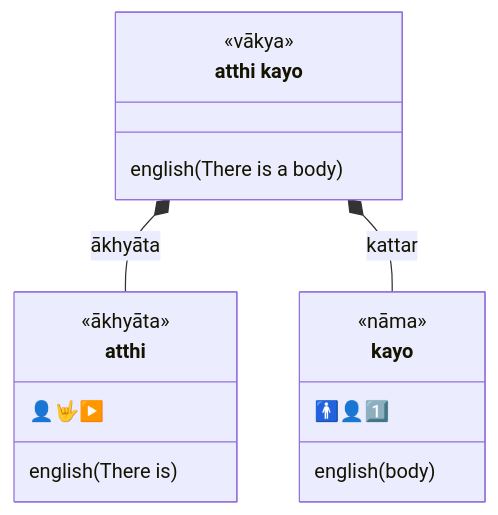
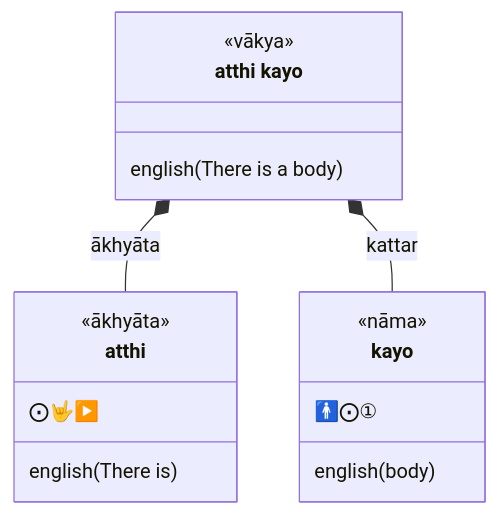
Before and after one commit to ChristineTham/buddhavacana: diagram 14 of 60 in content/en/docs/Pali/sentences.md, drawn with Mermaid. The commit also changed other lines of this file and 71 other files, not shown here.

````diff
--- a/content/en/docs/Pali/sentences.md
+++ b/content/en/docs/Pali/sentences.md
@@ -472,19 +472,19 @@
 ```mermaid
 classDiagram
   class sentence["atthi kayo"] {
     <<vākya>>
     english(There is a body)
   }
   class atthi {
     <<ākhyāta>>
-     👤🤟▶️
+     ⨀🤟▶️
     english(There is)
   }
   class kayo {
     <<nāma>>
-    🚹👤1️⃣
+    🚹⨀①
     english(body)
   }
   sentence *-- atthi: ākhyāta
   sentence *-- kayo : kattar
 ```
````
